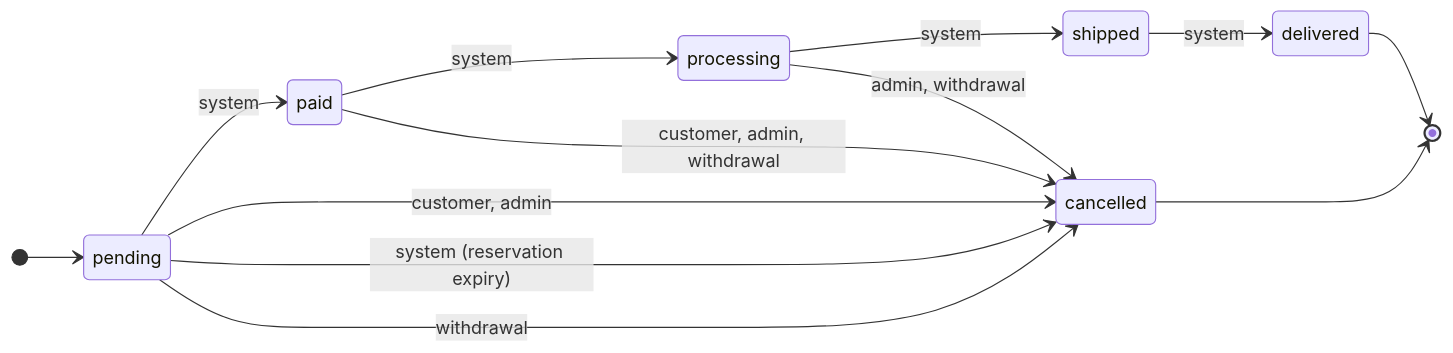
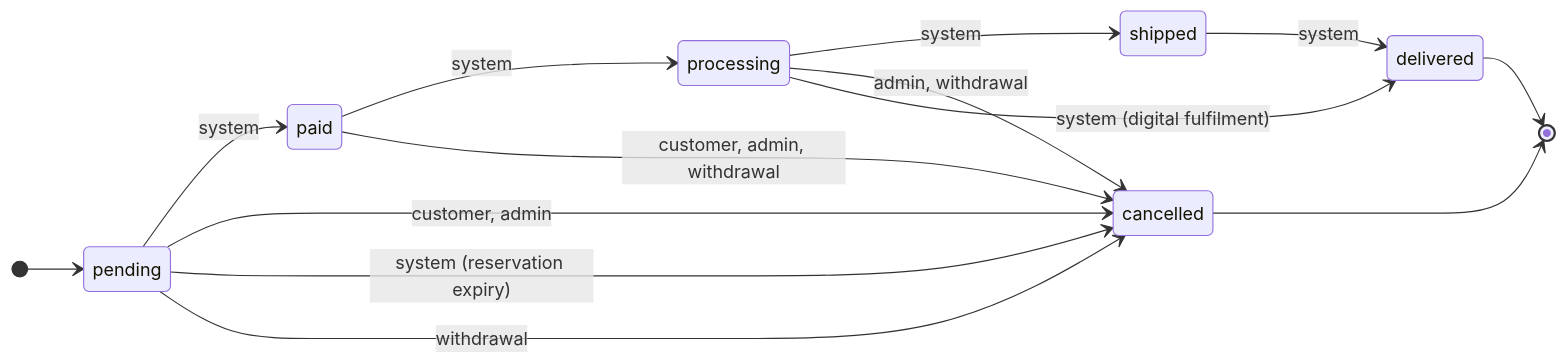
The second of 11 diagrams in docs/theory/tactical-ddd.md (Guebbit/boilerplate-node-backend), drawn with Mermaid before and after one commit. The commit also changed other lines of this file and 20 other files, not shown here.

````diff
--- a/docs/theory/tactical-ddd.md
+++ b/docs/theory/tactical-ddd.md
@@ -52,17 +58,18 @@
 ```mermaid
 %%{init: {'stateDiagram': {'nodeSpacing': 40}}}%%
 stateDiagram-v2
     direction LR
     [*] --> pending
     pending --> paid: system
     pending --> cancelled: customer, admin
     pending --> cancelled: system (reservation expiry)
     pending --> cancelled: withdrawal
     paid --> processing: system
     paid --> cancelled: customer, admin, withdrawal
     processing --> shipped: system
     processing --> cancelled: admin, withdrawal
     shipped --> delivered: system
+    processing --> delivered: system (digital fulfilment)
     delivered --> [*]
     cancelled --> [*]
 ```
````
